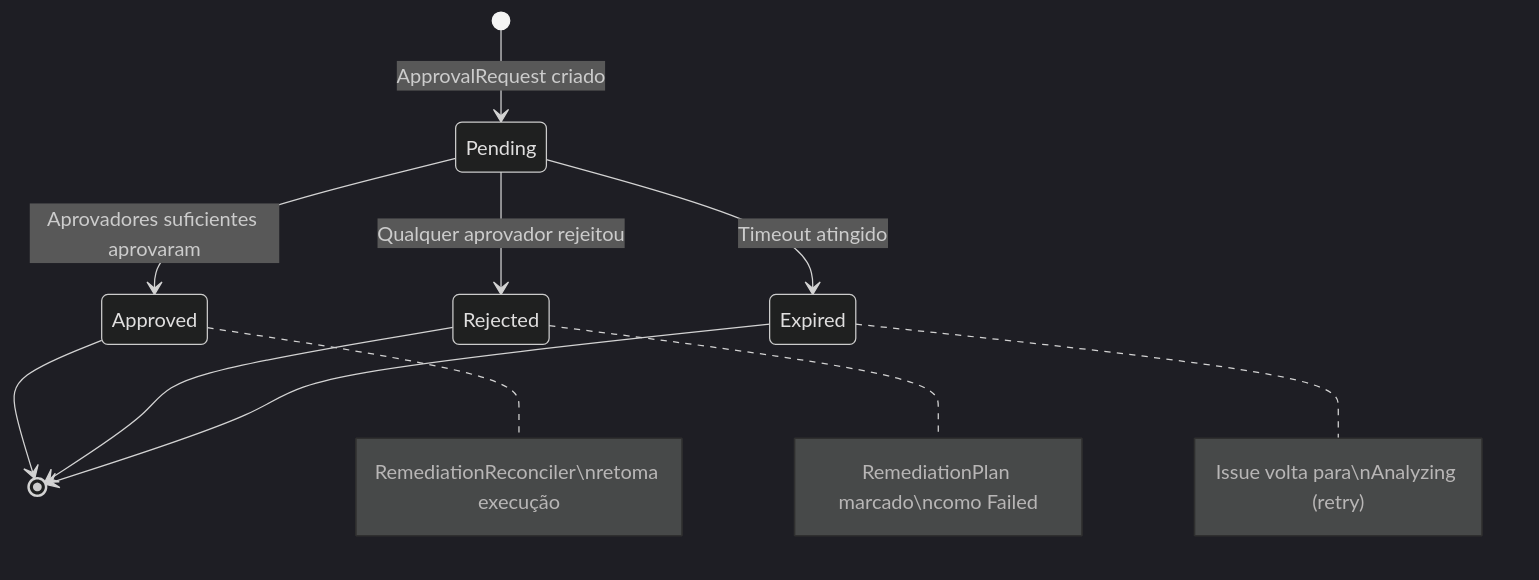
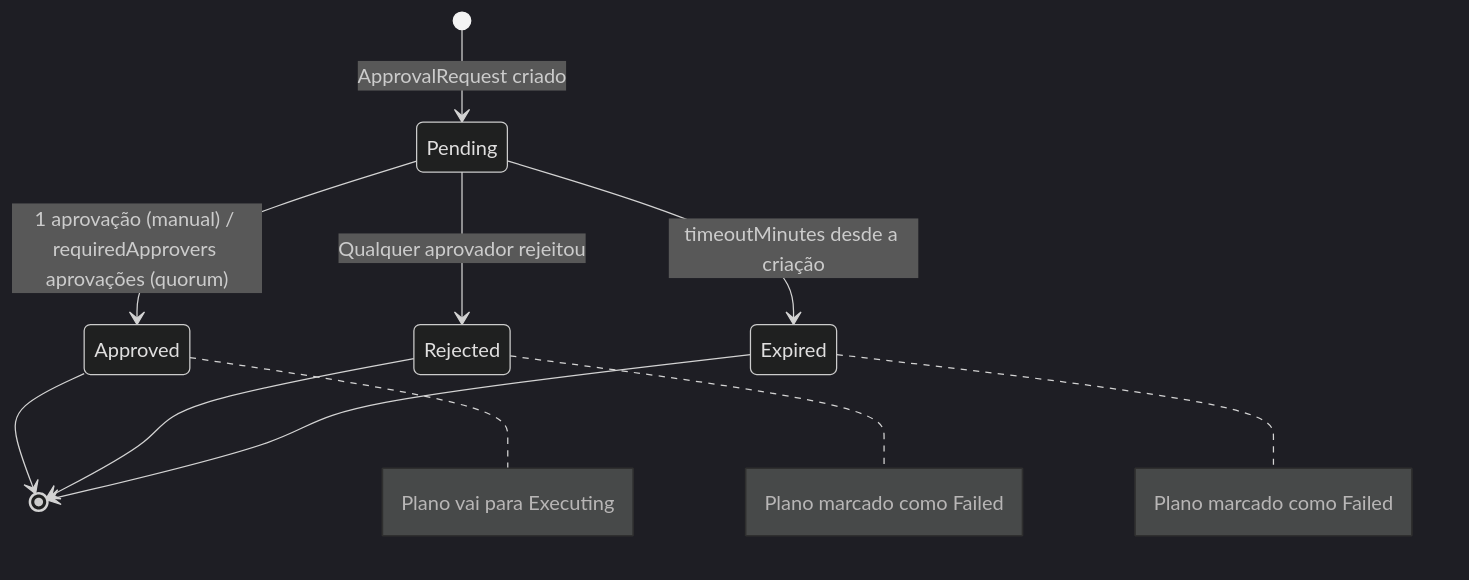
The second of 3 diagrams in pt/features/aiops/approval-workflow.mdx (diillson/chatcli.ai), drawn with Mermaid (dark theme) before and after one commit. The commit also changed other lines of this file and 126 other files, not shown here.

````diff
--- a/pt/features/aiops/approval-workflow.mdx
+++ b/pt/features/aiops/approval-workflow.mdx
@@ -342,14 +302,14 @@
 ```mermaid
 stateDiagram-v2
     [*] --> Pending : ApprovalRequest criado
-    Pending --> Approved : Aprovadores suficientes aprovaram
+    Pending --> Approved : 1 aprovação (manual) / requiredApprovers aprovações (quorum)
     Pending --> Rejected : Qualquer aprovador rejeitou
-    Pending --> Expired : Timeout atingido
+    Pending --> Expired : timeoutMinutes desde a criação
     Approved --> [*]
     Rejected --> [*]
     Expired --> [*]
 
-    note right of Approved : RemediationReconciler\nretoma execução
-    note right of Rejected : RemediationPlan marcado\ncomo Failed
-    note right of Expired : Issue volta para\nAnalyzing (retry)
+    note right of Approved : Plano vai para Executing
+    note right of Rejected : Plano marcado como Failed
+    note right of Expired : Plano marcado como Failed
 ```
````
